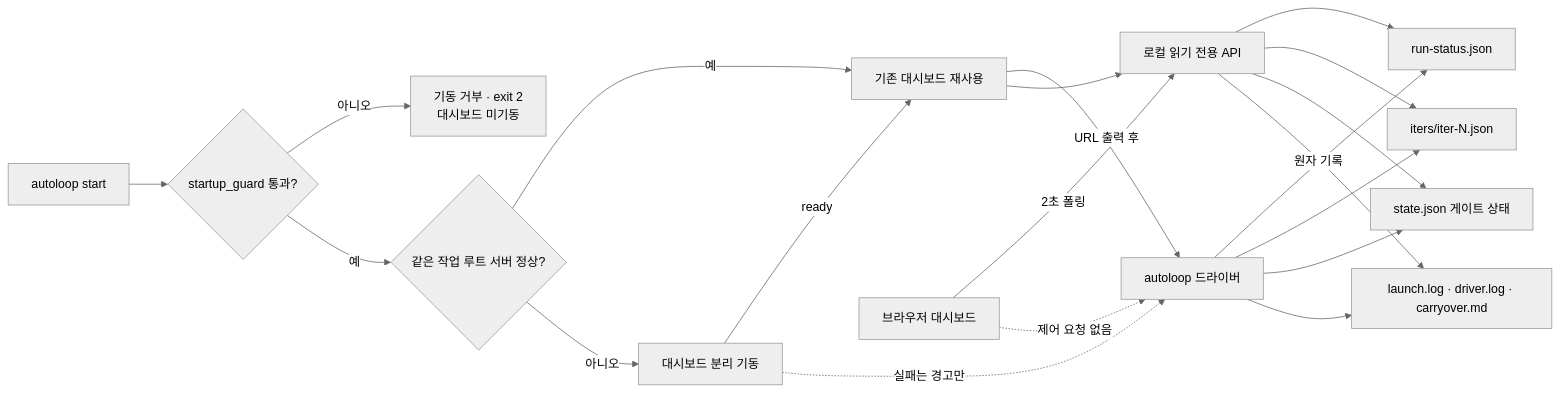
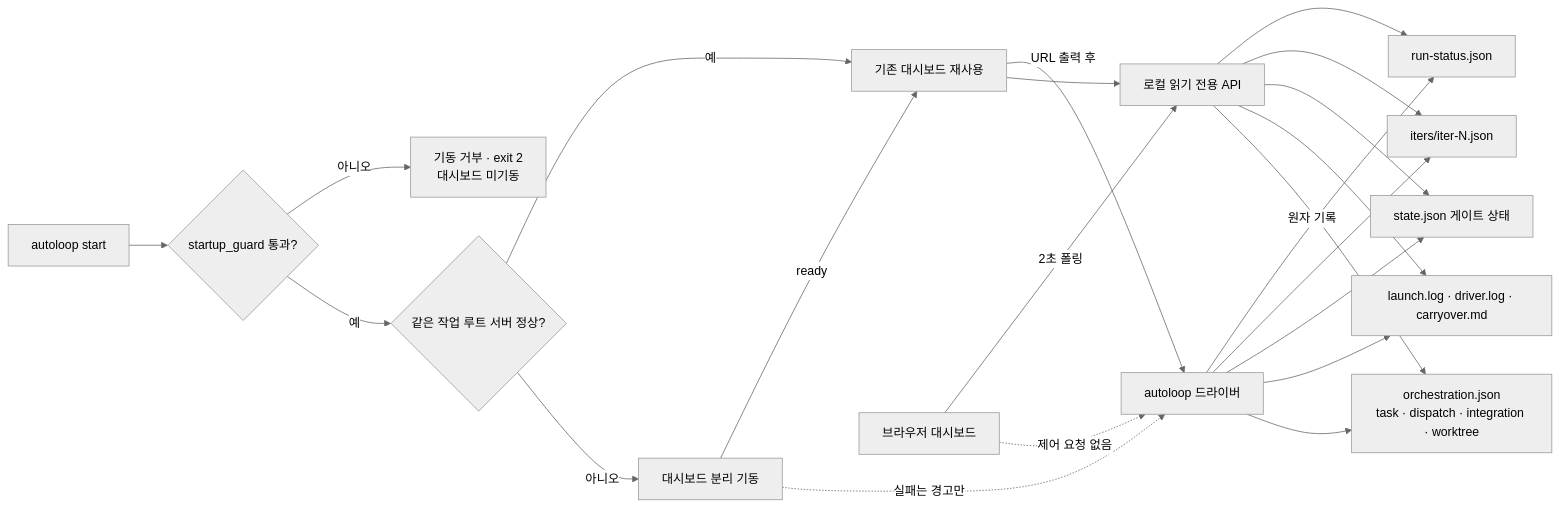
One commit to nohdol97/nohdol-harness changed the diagram in docs/specs/2026-08-19-autoloop-dashboard.md. Above: the diagram before and after it, drawn with Mermaid (neutral theme). The commit also changed other lines of this file and 14 other files, not shown here.

````diff
--- a/docs/specs/2026-08-19-autoloop-dashboard.md
+++ b/docs/specs/2026-08-19-autoloop-dashboard.md
@@ -46,22 +47,24 @@
 ```mermaid
 flowchart LR
   START["autoloop start"] --> GUARD{"startup_guard 통과?"}
   GUARD -->|"아니오"| REFUSED["기동 거부 · exit 2<br/>대시보드 미기동"]
   GUARD -->|"예"| HEALTH{"같은 작업 루트 서버 정상?"}
   HEALTH -->|"예"| DASH["기존 대시보드 재사용"]
   HEALTH -->|"아니오"| SPAWN["대시보드 분리 기동"]
   SPAWN -->|"ready"| DASH
   DASH -->|"URL 출력 후"| DRIVER["autoloop 드라이버"]
   SPAWN -.->|"실패는 경고만"| DRIVER
   DRIVER -->|"원자 기록"| RUN["run-status.json"]
   DRIVER --> ITER["iters/iter-N.json"]
   DRIVER --> GATE["state.json 게이트 상태"]
   DRIVER --> TEXT["launch.log · driver.log · carryover.md"]
+  DRIVER --> ORCH["orchestration.json<br/>task · dispatch · integration · worktree"]
   DASH --> API["로컬 읽기 전용 API"]
   API --> RUN
   API --> ITER
   API --> GATE
   API --> TEXT
+  API --> ORCH
   UI["브라우저 대시보드"] -->|"2초 폴링"| API
   UI -.->|"제어 요청 없음"| DRIVER
 ```
````
